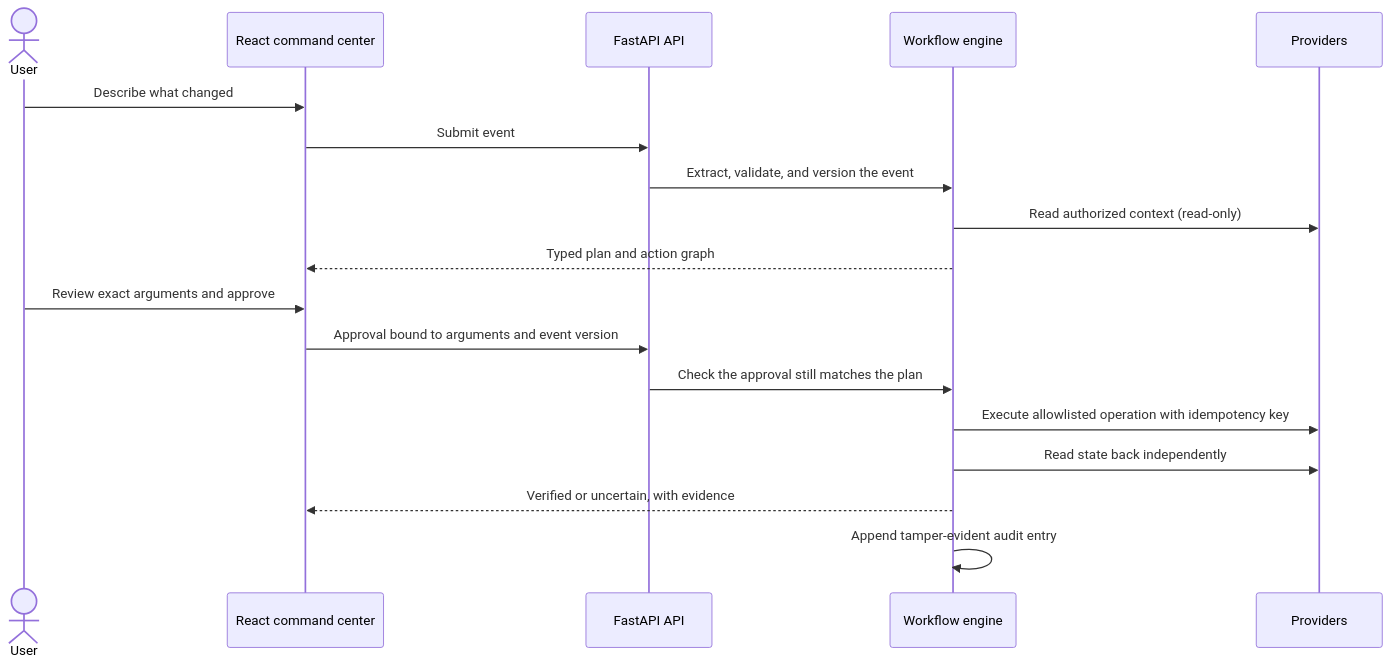
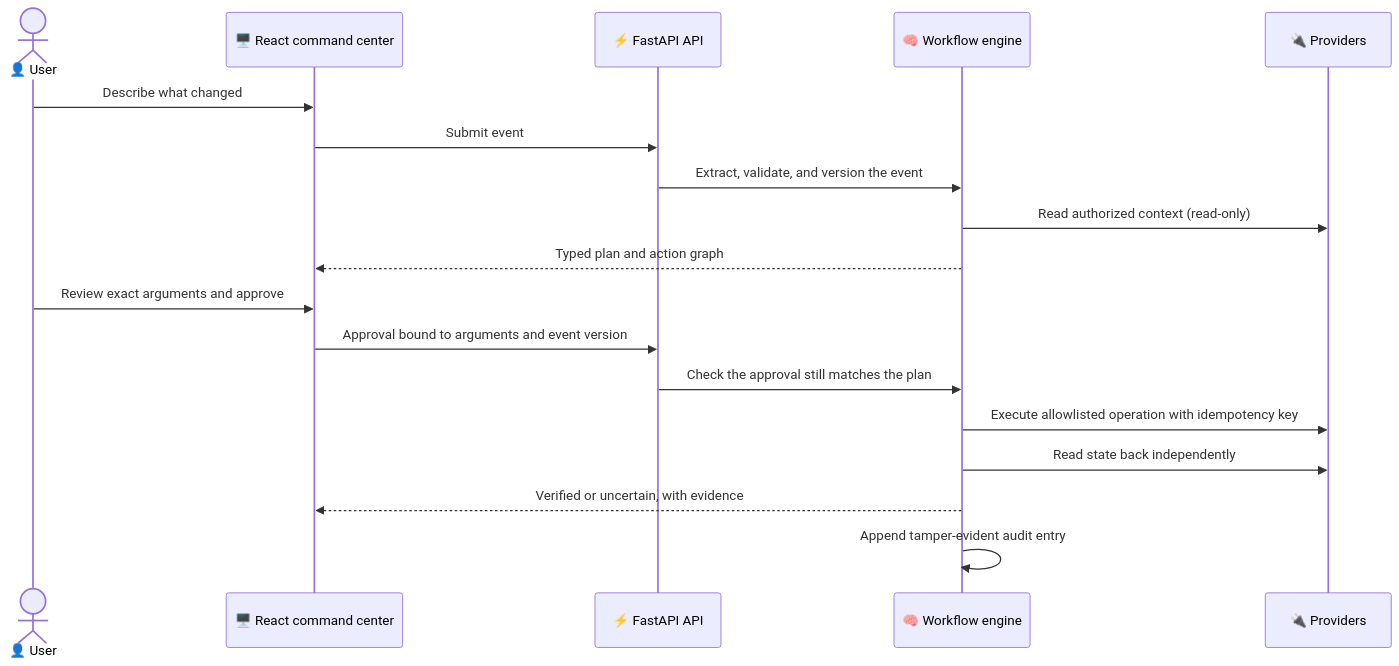
One commit to 9059Rohith/LIFE-OS changed the first of 4 diagrams in README.md. Above: the diagram before and after it, drawn with Mermaid. The commit also changed other lines of this file, not shown here.

````diff
--- a/README.md
+++ b/README.md
@@ -157,21 +191,21 @@
 ```mermaid
 sequenceDiagram
-    actor U as User
-    participant UI as React command center
-    participant API as FastAPI API
-    participant ENG as Workflow engine
-    participant P as Providers
+    actor U as 👤 User
+    participant UI as 🖥️ React command center
+    participant API as ⚡ FastAPI API
+    participant ENG as 🧠 Workflow engine
+    participant P as 🔌 Providers
 
     U->>UI: Describe what changed
     UI->>API: Submit event
     API->>ENG: Extract, validate, and version the event
     ENG->>P: Read authorized context (read-only)
     ENG-->>UI: Typed plan and action graph
     U->>UI: Review exact arguments and approve
     UI->>API: Approval bound to arguments and event version
     API->>ENG: Check the approval still matches the plan
     ENG->>P: Execute allowlisted operation with idempotency key
     ENG->>P: Read state back independently
     ENG-->>UI: Verified or uncertain, with evidence
     ENG->>ENG: Append tamper-evident audit entry
 ```
````
